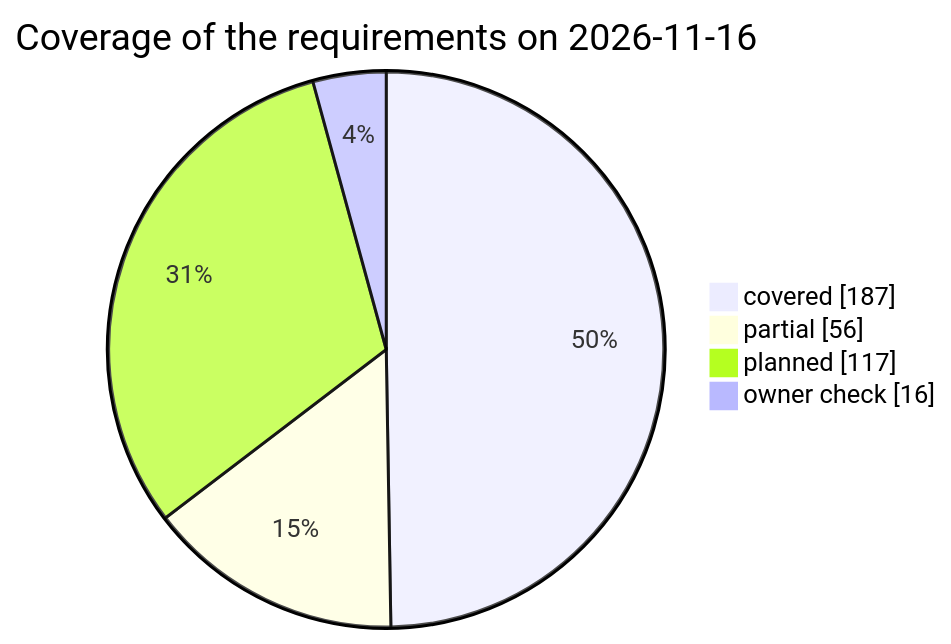
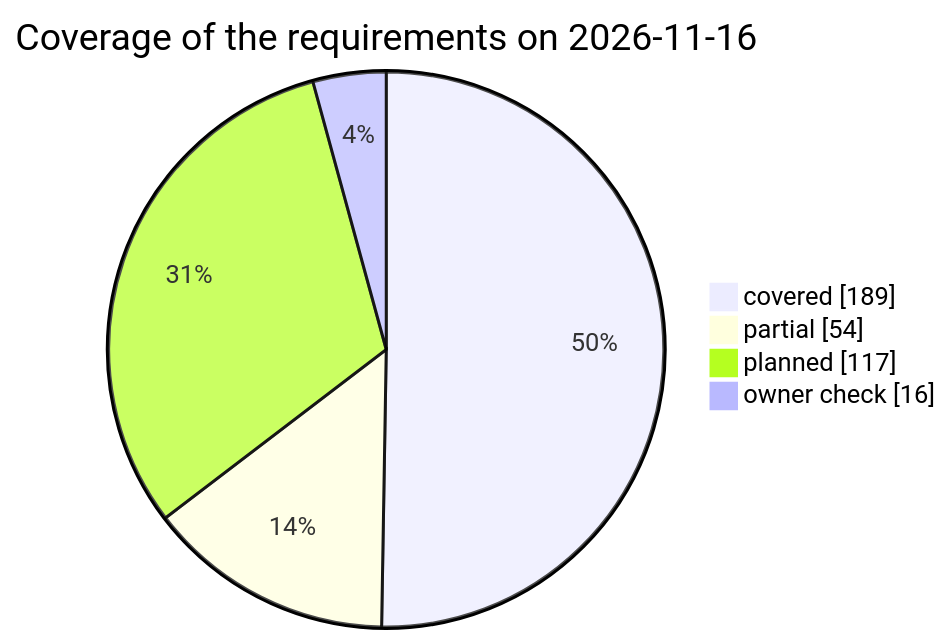
The third of 3 diagrams in docs/test-plan.md (qa-io-vn/fnb-manager), drawn with Mermaid before and after one commit. The commit also changed other lines of this file and 74 other files, not shown here.

````diff
--- a/docs/test-plan.md
+++ b/docs/test-plan.md
@@ -878,8 +879,8 @@
 ```mermaid
 pie showData
     title Coverage of the requirements on 2026-11-16
-    "covered" : 187
-    "partial" : 56
+    "covered" : 189
+    "partial" : 54
     "planned" : 117
     "owner check" : 16
 ```
````
